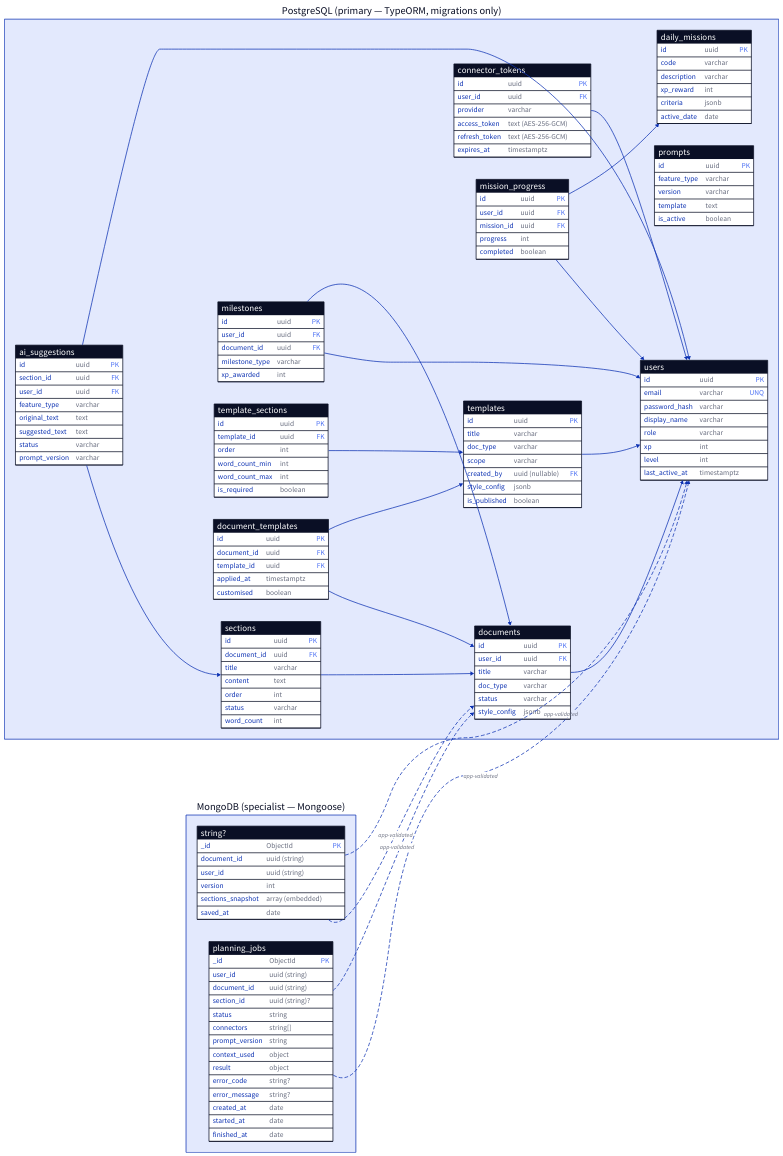
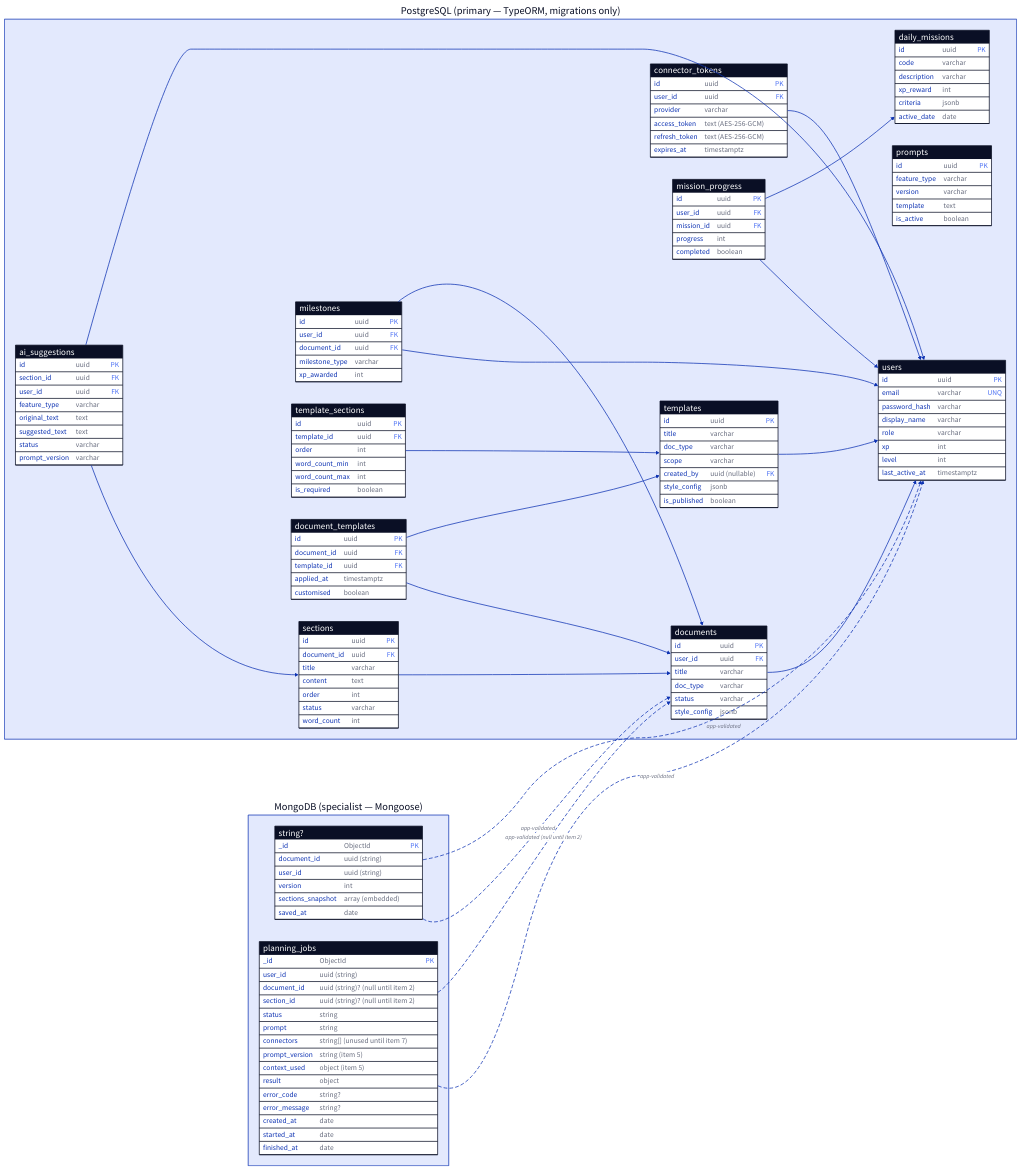
One commit to MemoFlow/memoflow-api changed the diagram in docs/diagrams/database-schema.d2. Above: the diagram before and after it, drawn with D2. The commit also changed 27 other files, not shown here.

First line of the commit message:
feat(context): async queue + planning_jobs foundation (branch 1/3) (#5)

```diff
--- a/docs/diagrams/database-schema.d2
+++ b/docs/diagrams/database-schema.d2
@@ -1,181 +1,182 @@
 # MemoFlow database schema — derived from docs/database-schema.md (source of truth).
 # Render: d2 database-schema.d2 database-schema.svg
 # Solid edges = real FKs (PostgreSQL). Dashed edges = cross-DB uuid references,
 # validated by the application use-case layer — there is NO foreign key across DBs.
 
 direction: right
 
 pg: PostgreSQL (primary — TypeORM, migrations only) {
   users: {
     shape: sql_table
     id: uuid {constraint: primary_key}
     email: varchar {constraint: unique}
     password_hash: varchar
     display_name: varchar
     role: varchar
     xp: int
     level: int
     last_active_at: timestamptz
   }
 
   documents: {
     shape: sql_table
     id: uuid {constraint: primary_key}
     user_id: uuid {constraint: foreign_key}
     title: varchar
     doc_type: varchar
     status: varchar
     style_config: jsonb
   }
 
   sections: {
     shape: sql_table
     id: uuid {constraint: primary_key}
     document_id: uuid {constraint: foreign_key}
     title: varchar
     content: text
     order: int
     status: varchar
     word_count: int
   }
 
   ai_suggestions: {
     shape: sql_table
     id: uuid {constraint: primary_key}
     section_id: uuid {constraint: foreign_key}
     user_id: uuid {constraint: foreign_key}
     feature_type: varchar
     original_text: text
     suggested_text: text
     status: varchar
     prompt_version: varchar
   }
 
   prompts: {
     shape: sql_table
     id: uuid {constraint: primary_key}
     feature_type: varchar
     version: varchar
     template: text
     is_active: boolean
   }
 
   connector_tokens: {
     shape: sql_table
     id: uuid {constraint: primary_key}
     user_id: uuid {constraint: foreign_key}
     provider: varchar
     access_token: "text (AES-256-GCM)"
     refresh_token: "text (AES-256-GCM)"
     expires_at: timestamptz
   }
 
   milestones: {
     shape: sql_table
     id: uuid {constraint: primary_key}
     user_id: uuid {constraint: foreign_key}
     document_id: uuid {constraint: foreign_key}
     milestone_type: varchar
     xp_awarded: int
   }
 
   daily_missions: {
     shape: sql_table
     id: uuid {constraint: primary_key}
     code: varchar
     description: varchar
     xp_reward: int
     criteria: jsonb
     active_date: date
   }
 
   mission_progress: {
     shape: sql_table
     id: uuid {constraint: primary_key}
     user_id: uuid {constraint: foreign_key}
     mission_id: uuid {constraint: foreign_key}
     progress: int
     completed: boolean
   }
 
   templates: {
     shape: sql_table
     id: uuid {constraint: primary_key}
     title: varchar
     doc_type: varchar
     scope: varchar
     created_by: "uuid (nullable)" {constraint: foreign_key}
     style_config: jsonb
     is_published: boolean
   }
 
   template_sections: {
     shape: sql_table
     id: uuid {constraint: primary_key}
     template_id: uuid {constraint: foreign_key}
     order: int
     word_count_min: int
     word_count_max: int
     is_required: boolean
   }
 
   document_templates: {
     shape: sql_table
     id: uuid {constraint: primary_key}
     document_id: uuid {constraint: foreign_key}
     template_id: uuid {constraint: foreign_key}
     applied_at: timestamptz
     customised: boolean
   }
 
   documents.user_id -> users.id
   sections.document_id -> documents.id
   ai_suggestions.section_id -> sections.id
   ai_suggestions.user_id -> users.id
   connector_tokens.user_id -> users.id
   milestones.user_id -> users.id
   milestones.document_id -> documents.id
   mission_progress.user_id -> users.id
   mission_progress.mission_id -> daily_missions.id
   templates.created_by -> users.id
   template_sections.template_id -> templates.id
   document_templates.document_id -> documents.id
   document_templates.template_id -> templates.id
 }
 
 mongo: MongoDB (specialist — Mongoose) {
   document_versions: {
     shape: sql_table
     _id: ObjectId {constraint: primary_key}
     document_id: "uuid (string)"
     user_id: "uuid (string)"
     version: int
     "label": "string?"
     sections_snapshot: "array (embedded)"
     saved_at: date
   }
 
   planning_jobs: {
     shape: sql_table
     _id: ObjectId {constraint: primary_key}
     user_id: "uuid (string)"
-    document_id: "uuid (string)"
-    section_id: "uuid (string)?"
+    document_id: "uuid (string)? (null until item 2)"
+    section_id: "uuid (string)? (null until item 2)"
     status: string
-    connectors: "string[]"
-    prompt_version: string
-    context_used: object
+    prompt: string
+    connectors: "string[] (unused until item 7)"
+    prompt_version: "string (item 5)"
+    context_used: "object (item 5)"
     result: object
     error_code: "string?"
     error_message: "string?"
     created_at: date
     started_at: date
     finished_at: date
   }
 }
 
 # Cross-DB references: plain uuids, validated by use-cases — no FK enforcement.
 mongo.document_versions.document_id -> pg.documents.id: app-validated {style.stroke-dash: 4}
 mongo.document_versions.user_id -> pg.users.id: app-validated {style.stroke-dash: 4}
 mongo.planning_jobs.user_id -> pg.users.id: app-validated {style.stroke-dash: 4}
-mongo.planning_jobs.document_id -> pg.documents.id: app-validated {style.stroke-dash: 4}
+mongo.planning_jobs.document_id -> pg.documents.id: "app-validated (null until item 2)" {style.stroke-dash: 4}
```
